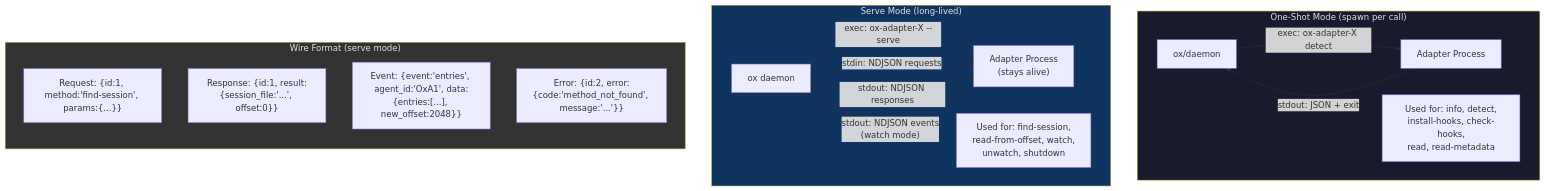
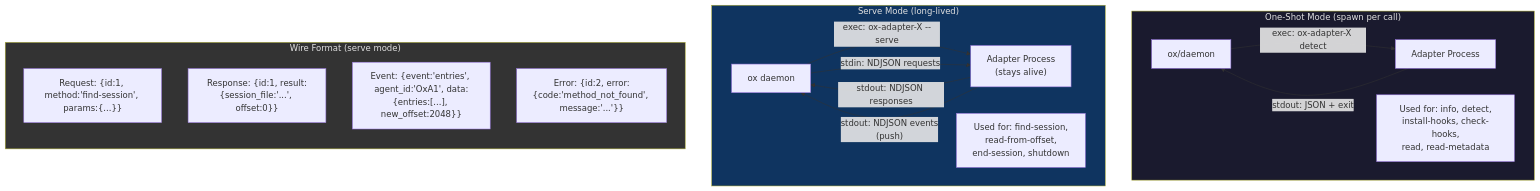
Before and after one commit to sageox/ox: the eighth of 12 diagrams in adapter/DIAGRAMS.md, drawn with Mermaid. The commit also changed other lines of this file and 22 other files, not shown here.

````diff
--- a/adapter/DIAGRAMS.md
+++ b/adapter/DIAGRAMS.md
@@ -305,30 +304,30 @@
 ```mermaid
 graph TB
     subgraph oneshot["One-Shot Mode (spawn per call)"]
         direction LR
         O1["ox/daemon"] -->|"exec: ox-adapter-X detect"| O2["Adapter Process"]
         O2 -->|"stdout: JSON + exit"| O1
         O3["Used for: info, detect,<br/>install-hooks, check-hooks,<br/>read, read-metadata"]
     end
 
     subgraph serve["Serve Mode (long-lived)"]
         direction LR
         S1["ox daemon"] -->|"exec: ox-adapter-X --serve"| S2["Adapter Process<br/>(stays alive)"]
         S1 -->|"stdin: NDJSON requests"| S2
         S2 -->|"stdout: NDJSON responses"| S1
-        S2 -->|"stdout: NDJSON events<br/>(watch mode)"| S1
-        S3["Used for: find-session,<br/>read-from-offset, watch,<br/>unwatch, shutdown"]
+        S2 -->|"stdout: NDJSON events<br/>(push)"| S1
+        S3["Used for: find-session,<br/>read-from-offset,<br/>end-session, shutdown"]
     end
 
     subgraph wire["Wire Format (serve mode)"]
         direction TB
         W1["Request: {id:1, method:'find-session', params:{...}}"]
         W2["Response: {id:1, result:{session_file:'...', offset:0}}"]
         W3["Event: {event:'entries', agent_id:'OxA1', data:{entries:[...], new_offset:2048}}"]
         W4["Error: {id:2, error:{code:'method_not_found', message:'...'}}"]
     end
 
     style oneshot fill:#1a1a2e,color:#e0e0e0
     style serve fill:#0f3460,color:#e0e0e0
     style wire fill:#333,color:#e0e0e0
 ```
````
